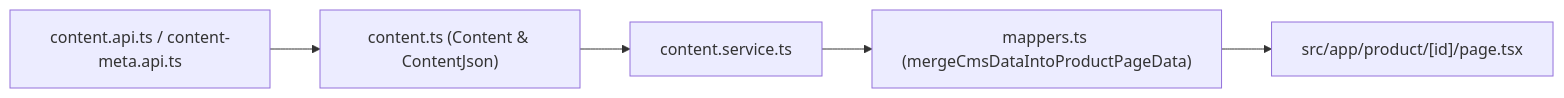
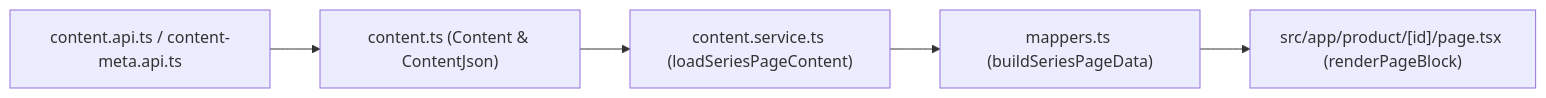
Before and after one commit to IbaaIbrahim/Wattsan-Website: the diagram in AGENTS.md, drawn with Mermaid. The commit also changed other lines of this file and 28 other files, not shown here.

First line of the commit message:
feat: render series product pages from ordered CMS blocks

````diff
--- a/AGENTS.md
+++ b/AGENTS.md
@@ -25,7 +25,7 @@
 ```mermaid
 flowchart LR
     API["content.api.ts / content-meta.api.ts"] --> Class["content.ts (Content & ContentJson)"]
-    Class --> Service["content.service.ts"]
-    Service --> Mapper["mappers.ts (mergeCmsDataIntoProductPageData)"]
-    Mapper --> Page["src/app/product/[id]/page.tsx"]
+    Class --> Service["content.service.ts (loadSeriesPageContent)"]
+    Service --> Mapper["mappers.ts (buildSeriesPageData)"]
+    Mapper --> Page["src/app/product/[id]/page.tsx (renderPageBlock)"]
 ```
````
